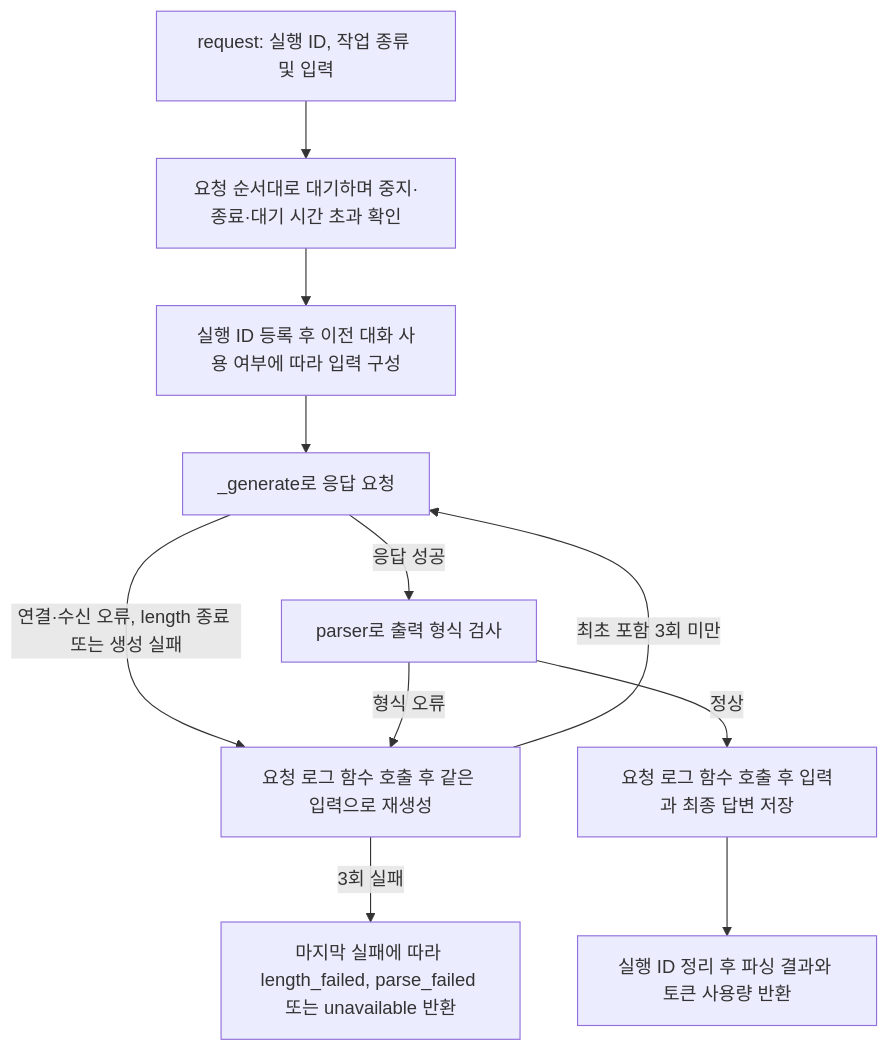
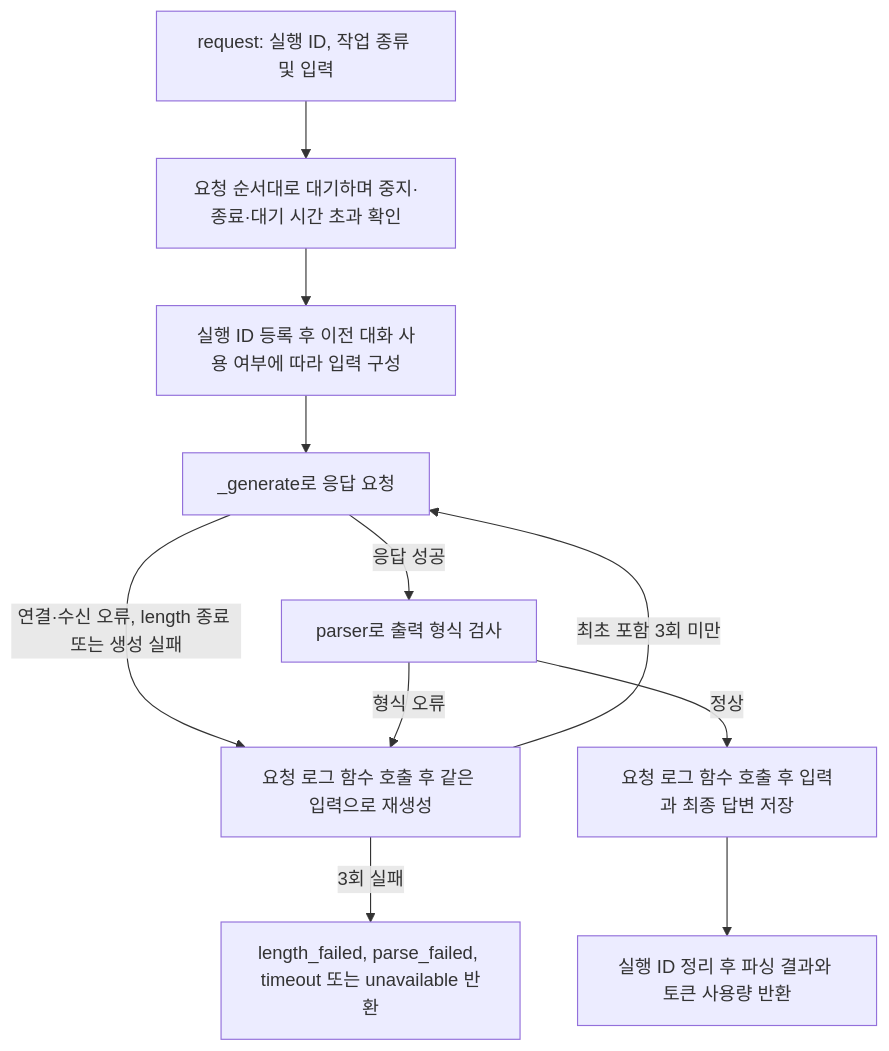
Before and after one commit to Inha-zero-two/private-llm-pipeline: the diagram in docs/local-llm-runner.md, drawn with Mermaid. The commit also changed other lines of this file and 44 other files, not shown here.

````diff
--- a/docs/local-llm-runner.md
+++ b/docs/local-llm-runner.md
@@ -17,13 +17,13 @@
 ```mermaid
 flowchart TD
     A["request: 실행 ID, 작업 종류 및 입력"] --> Q["요청 순서대로 대기하며 중지·종료·대기 시간 초과 확인"]
     Q --> B["실행 ID 등록 후 이전 대화 사용 여부에 따라 입력 구성"]
     B --> C["_generate로 응답 요청"]
     C -->|응답 성공| D["parser로 출력 형식 검사"]
     C -->|연결·수신 오류, length 종료 또는 생성 실패| E
     D -->|형식 오류| E["요청 로그 함수 호출 후 같은 입력으로 재생성"]
     E -->|최초 포함 3회 미만| C
-    E -->|3회 실패| F["마지막 실패에 따라 length_failed, parse_failed 또는 unavailable 반환"]
+    E -->|3회 실패| F["length_failed, parse_failed, timeout 또는 unavailable 반환"]
     D -->|정상| G["요청 로그 함수 호출 후 입력과 최종 답변 저장"]
     G --> H["실행 ID 정리 후 파싱 결과와 토큰 사용량 반환"]
 ```
````
